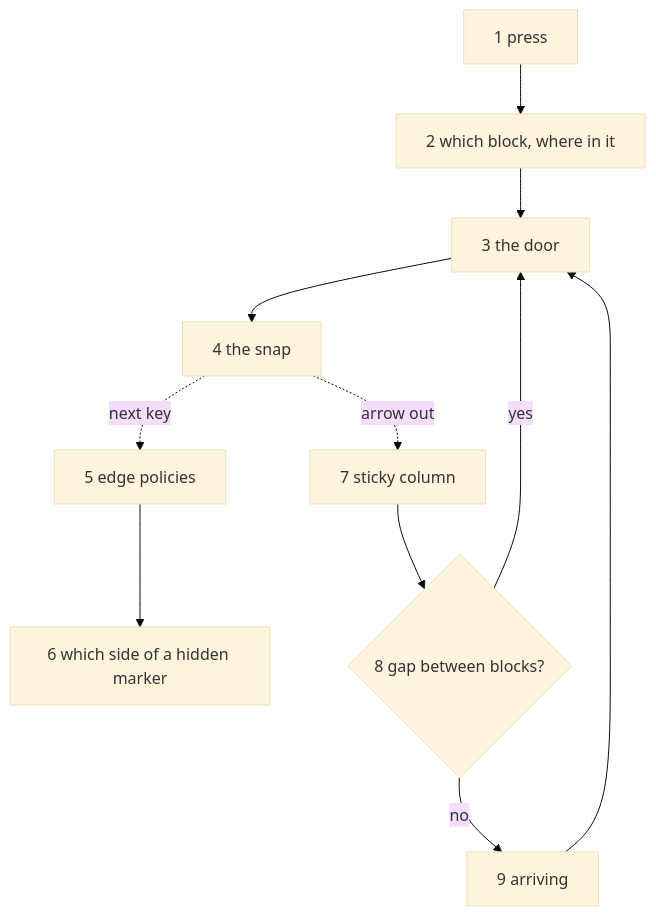
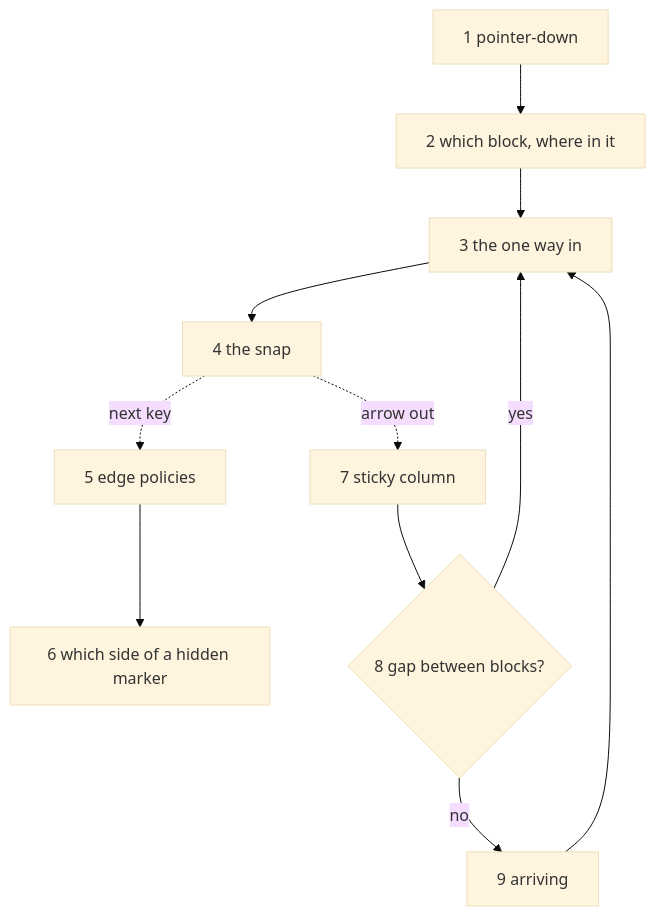
Before and after one commit to voithos-labs/aragonite: the diagram in docs/design/caret-placement.md, drawn with Mermaid (base theme). The commit also changed other lines of this file and 1 other file, not shown here.

````diff
--- a/docs/design/caret-placement.md
+++ b/docs/design/caret-placement.md
@@ -19,13 +19,13 @@
 ```mermaid
 flowchart TD
-    P["1 press"] --> B["2 which block, where in it"]
-    B --> D["3 the door"]
+    P["1 pointer-down"] --> B["2 which block, where in it"]
+    B --> D["3 the one way in"]
     D --> S["4 the snap"]
     S -. "next key" .-> E["5 edge policies"]
     E --> W["6 which side of a hidden marker"]
     S -. "arrow out" .-> C["7 sticky column"]
     C --> G{"8 gap between blocks?"}
     G -- "yes" --> D
     G -- "no" --> A["9 arriving"]
     A --> D
 ```
````
